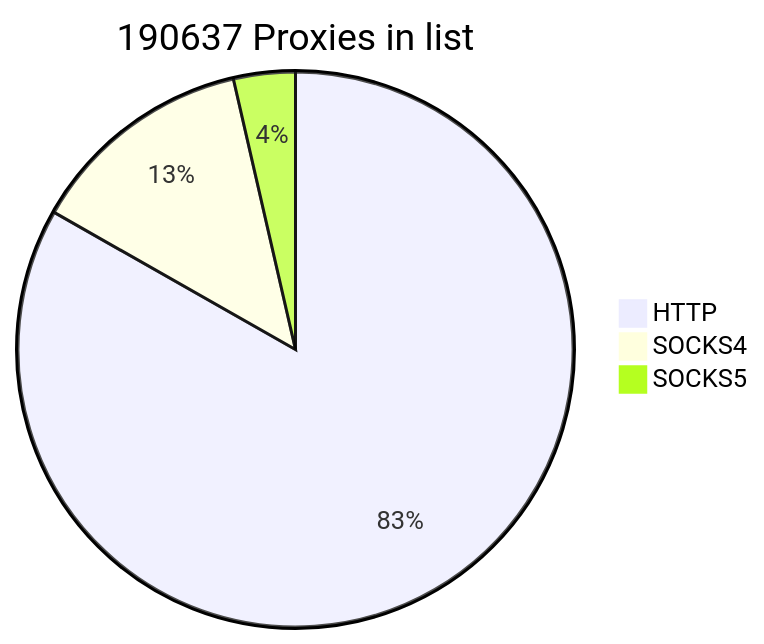
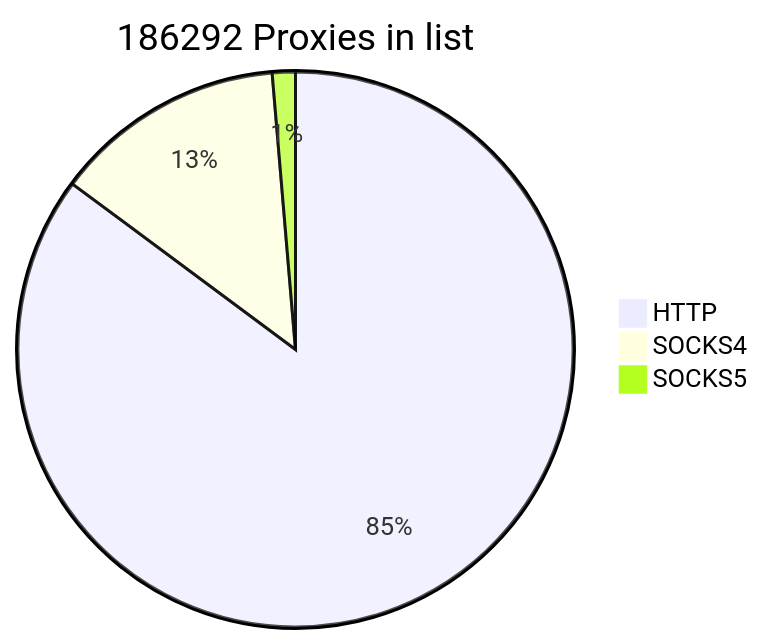
Before and after one commit to cutipu/proxylist: the first of 2 diagrams in README.md, drawn with Mermaid. The commit also changed other lines of this file, not shown here.

````diff
--- a/README.md
+++ b/README.md
@@ -2,7 +2,7 @@
 ```mermaid
-pie title 190637 Proxies in list
+pie title 186292 Proxies in list
     "HTTP" : 158654
-    "SOCKS4" : 25137
-    "SOCKS5" : 6846
+    "SOCKS4" : 25136
+    "SOCKS5" : 2502
             
 ```
````
